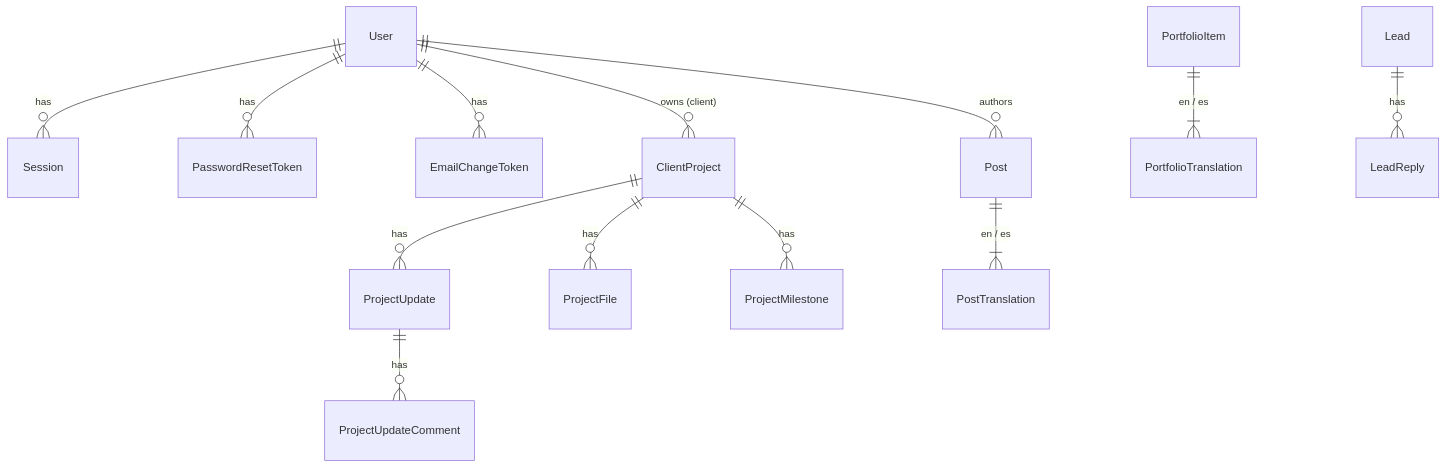
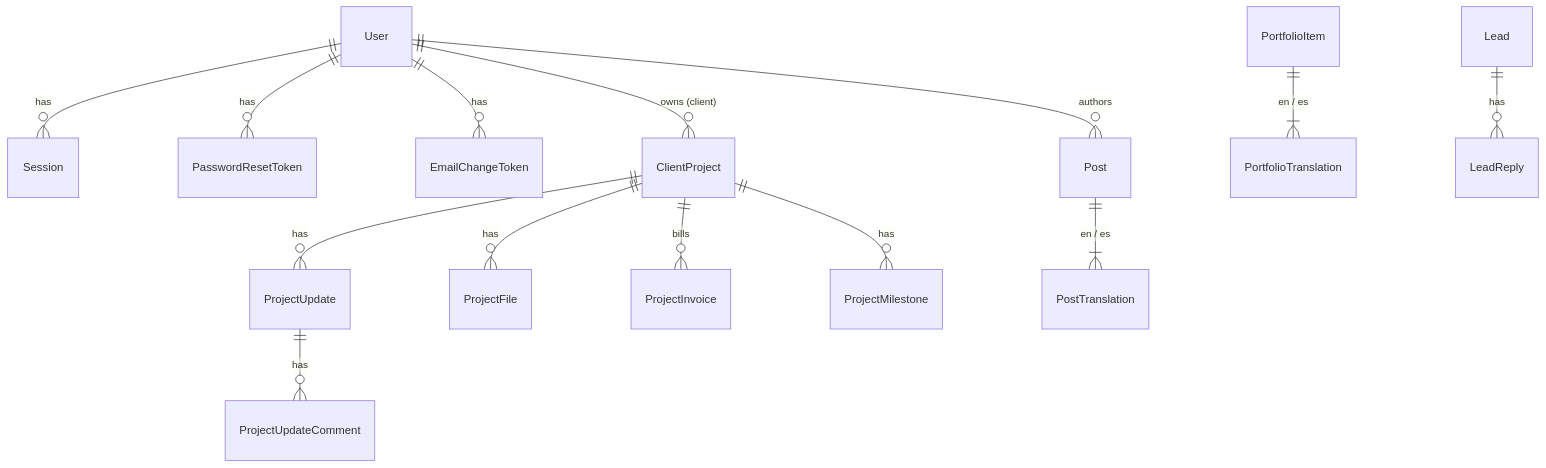
Before and after one commit to Codeqlick/Codeqlick: the second of 3 diagrams in docs/architecture.md, drawn with Mermaid. The commit also changed other lines of this file and 41 other files, not shown here.

````diff
--- a/docs/architecture.md
+++ b/docs/architecture.md
@@ -141,15 +141,16 @@
 ```mermaid
 erDiagram
   User ||--o{ Session : has
   User ||--o{ PasswordResetToken : has
   User ||--o{ EmailChangeToken : has
   User ||--o{ ClientProject : "owns (client)"
   User ||--o{ Post : authors
   ClientProject ||--o{ ProjectUpdate : has
   ClientProject ||--o{ ProjectFile : has
+  ClientProject ||--o{ ProjectInvoice : bills
   ClientProject ||--o{ ProjectMilestone : has
   ProjectUpdate ||--o{ ProjectUpdateComment : has
   Post ||--|{ PostTranslation : "en / es"
   PortfolioItem ||--|{ PortfolioTranslation : "en / es"
   Lead ||--o{ LeadReply : has
 ```
````
